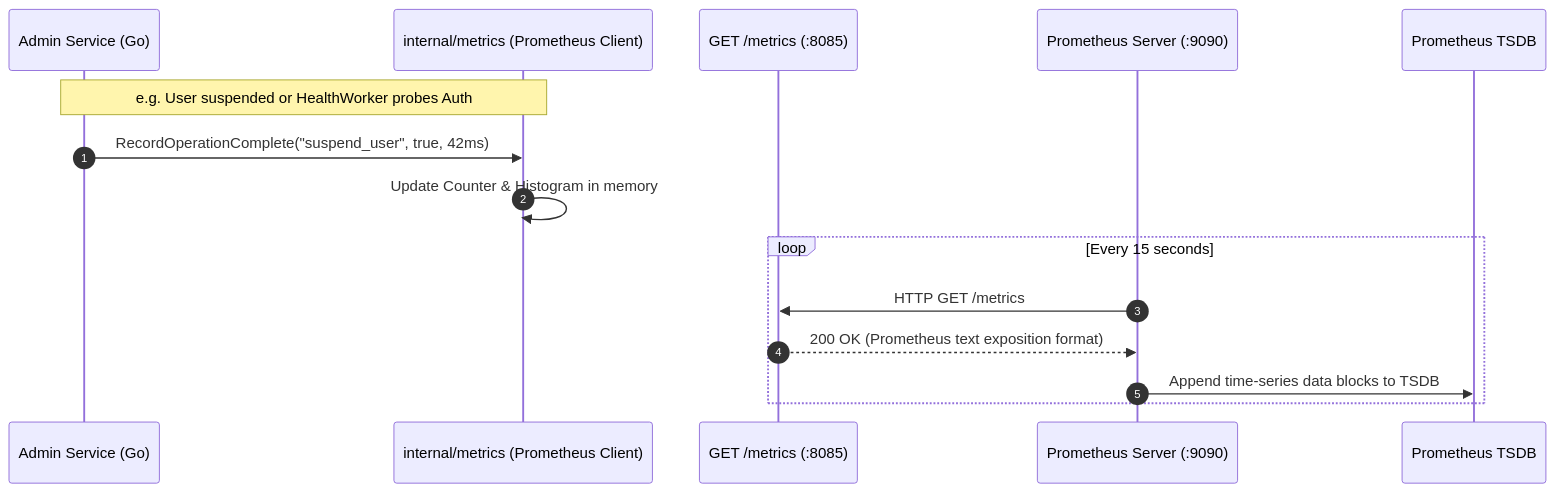
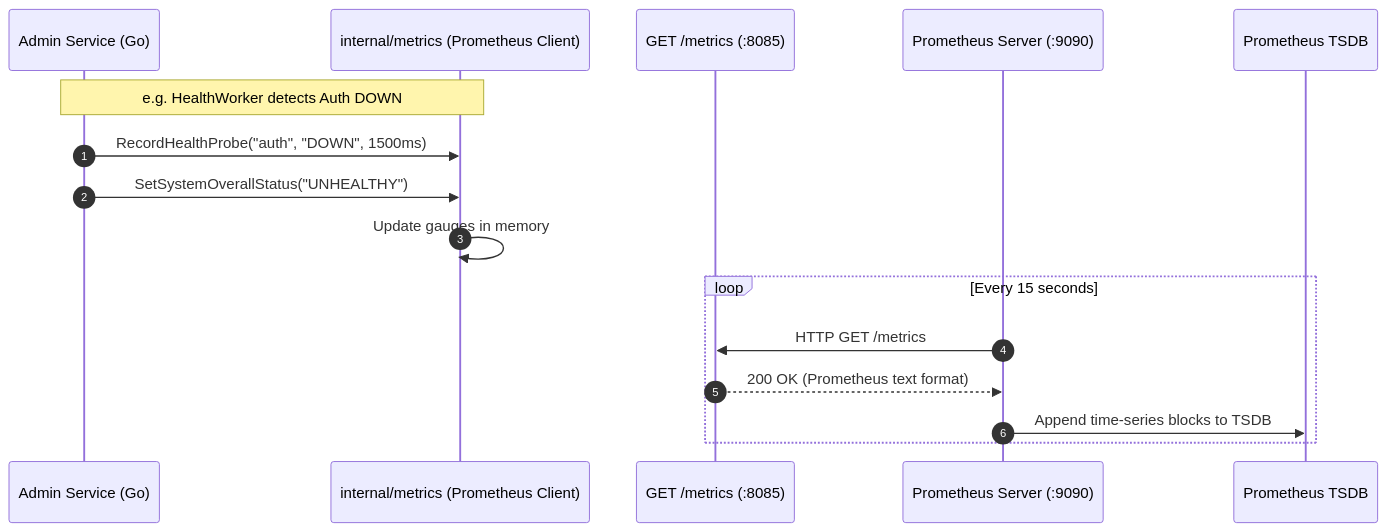
One commit to akhilbabu26/tradedrift changed the first of 3 diagrams in monitoring/README.md. Above: the diagram before and after it, drawn with Mermaid. The commit also changed other lines of this file and 34 other files, not shown here.

````diff
--- a/monitoring/README.md
+++ b/monitoring/README.md
@@ -226,18 +211,19 @@
 ```mermaid
 sequenceDiagram
     autonumber
     participant App as Admin Service (Go)
     participant Metrics as internal/metrics (Prometheus Client)
     participant Endpoint as GET /metrics (:8085)
     participant Prom as Prometheus Server (:9090)
     participant Disk as Prometheus TSDB
 
-    Note over App,Metrics: e.g. User suspended or HealthWorker probes Auth
-    App->>Metrics: RecordOperationComplete("suspend_user", true, 42ms)
-    Metrics->>Metrics: Update Counter & Histogram in memory
+    Note over App,Metrics: e.g. HealthWorker detects Auth DOWN
+    App->>Metrics: RecordHealthProbe("auth", "DOWN", 1500ms)
+    App->>Metrics: SetSystemOverallStatus("UNHEALTHY")
+    Metrics->>Metrics: Update gauges in memory
     loop Every 15 seconds
         Prom->>Endpoint: HTTP GET /metrics
-        Endpoint-->>Prom: 200 OK (Prometheus text exposition format)
-        Prom->>Disk: Append time-series data blocks to TSDB
+        Endpoint-->>Prom: 200 OK (Prometheus text format)
+        Prom->>Disk: Append time-series blocks to TSDB
     end
 ```
````
